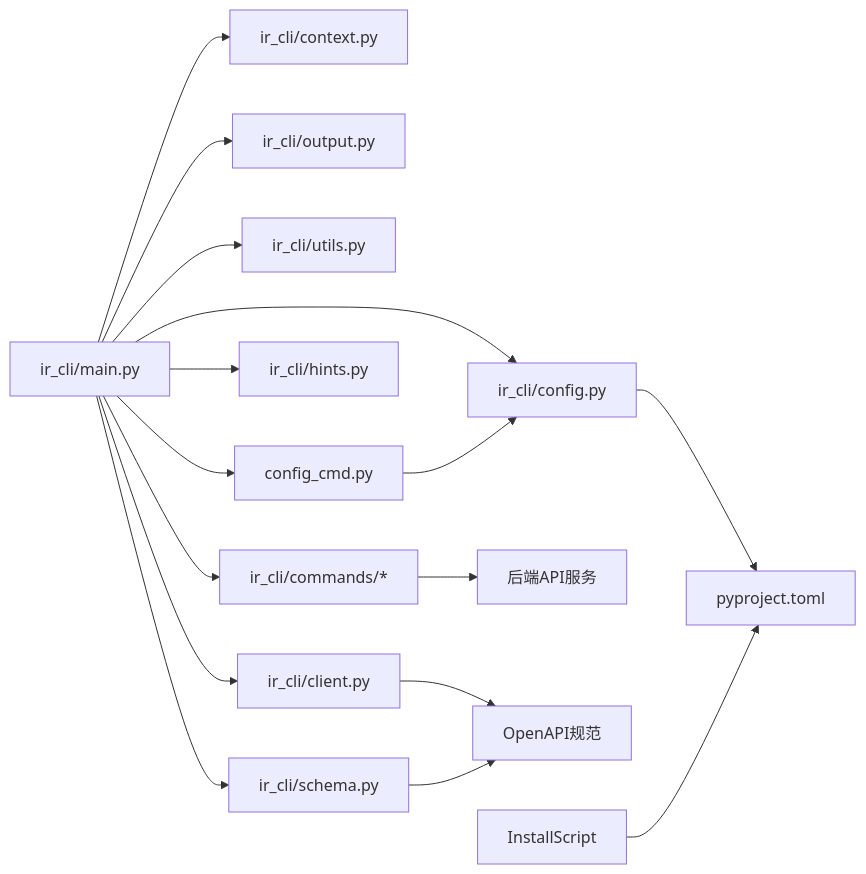
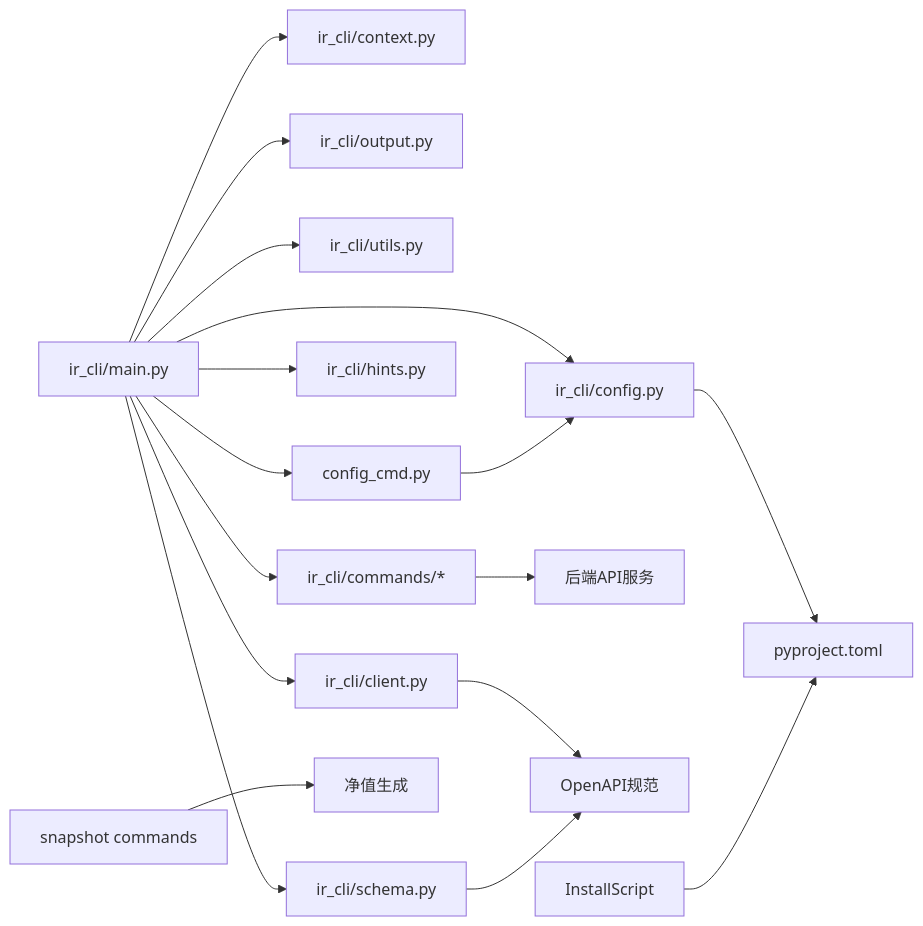
Before and after one commit to gujialind/InvestRing: the seventh of 7 diagrams in .qoder/repowiki/zh/content/开发指南/InvestRing Admin CLI 工具.md, drawn with Mermaid. The commit also changed other lines of this file and 6 other files, not shown here.

````diff
--- a/.qoder/repowiki/zh/content/开发指南/InvestRing Admin CLI 工具.md
+++ b/.qoder/repowiki/zh/content/开发指南/InvestRing Admin CLI 工具.md
@@ -516,18 +518,19 @@
 ```mermaid
 graph LR
 Main["ir_cli/main.py"] --> Ctx["ir_cli/context.py"]
 Main --> Out["ir_cli/output.py"]
 Main --> Utils["ir_cli/utils.py"]
 Main --> Schema["ir_cli/schema.py"]
 Main --> Hints["ir_cli/hints.py"]
 Main --> Config["ir_cli/config.py"]
 Main --> Client["ir_cli/client.py"]
 Main --> Cmds["ir_cli/commands/*"]
 Main --> ConfigCmd["config_cmd.py"]
 Cmds --> Services["后端API服务"]
 Client --> API["OpenAPI规范"]
 Config --> PyProj["pyproject.toml"]
 ConfigCmd --> Config
 InstallScript --> PyProj
 Schema --> API
+SnapshotCmd["snapshot commands"] --> NavGen["净值生成"]
 ```
````
